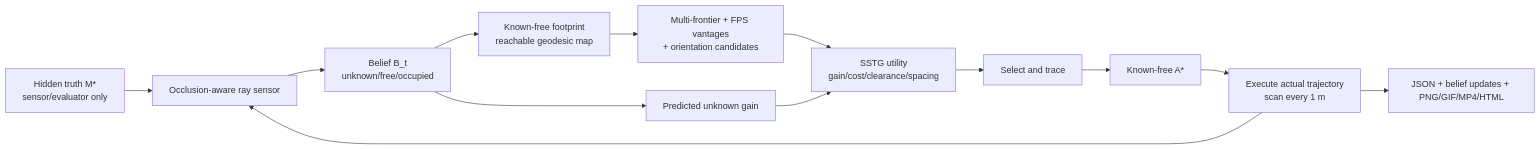
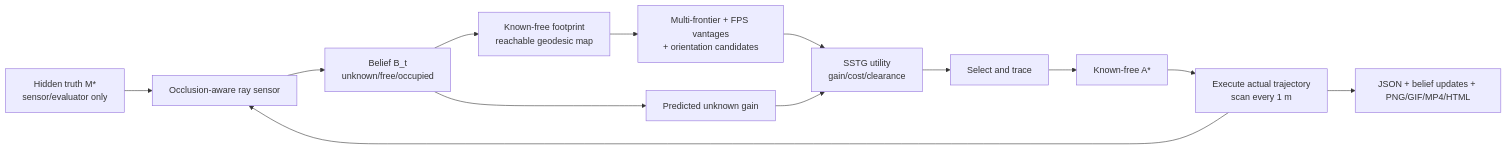
One commit to DaojiePENG/sstg-expl changed the first of 2 diagrams in docs/PAPER_STRUCTURE.md. Above: the diagram before and after it, drawn with Mermaid. The commit also changed other lines of this file and 6 other files, not shown here.

Commit message:
refactor: select FPS-only SSTG utility

````diff
--- a/docs/PAPER_STRUCTURE.md
+++ b/docs/PAPER_STRUCTURE.md
@@ -30,15 +30,15 @@
 ```mermaid
 flowchart LR
     GT[Hidden truth M*<br/>sensor/evaluator only] --> S[Occlusion-aware ray sensor]
     S --> B[Belief B_t<br/>unknown/free/occupied]
     B --> K[Known-free footprint<br/>reachable geodesic map]
     K --> C[Multi-frontier + FPS vantages<br/>+ orientation candidates]
     B --> G[Predicted unknown gain]
-    C --> U[SSTG utility<br/>gain/cost/clearance/spacing]
+    C --> U[SSTG utility<br/>gain/cost/clearance]
     G --> U
     U --> X[Select and trace]
     X --> A[Known-free A*]
     A --> E[Execute actual trajectory<br/>scan every 1 m]
     E --> S
     E --> O[JSON + belief updates + PNG/GIF/MP4/HTML]
 ```
````
